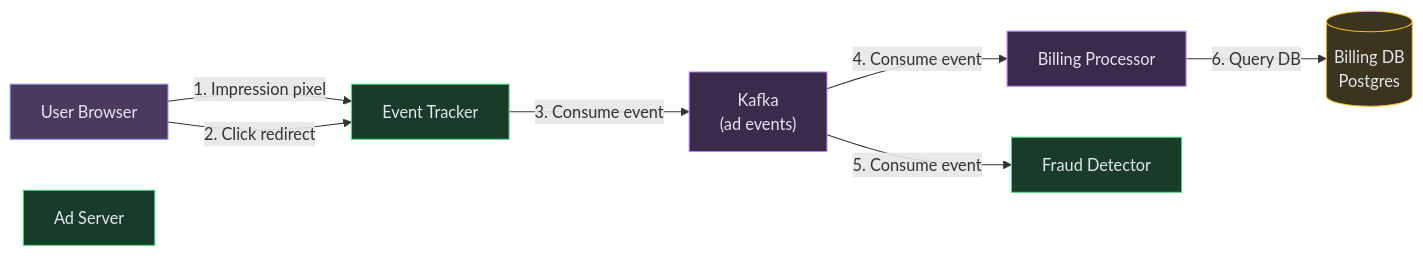
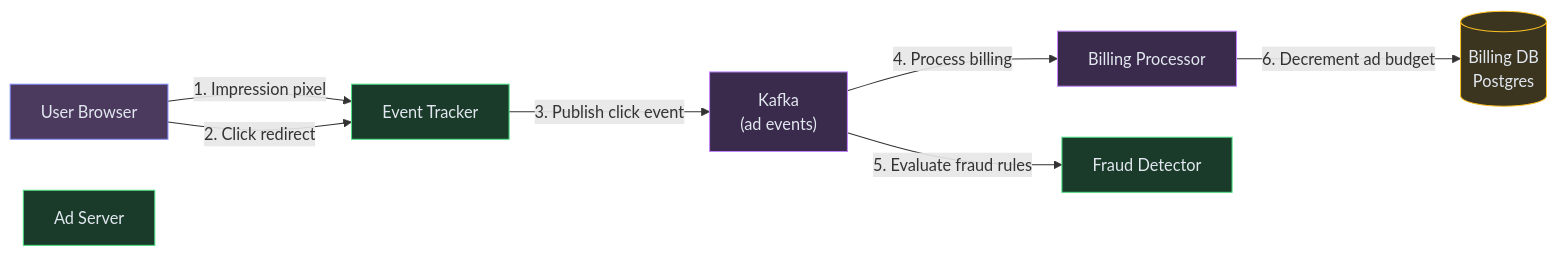
Before and after one commit to iluzn/HLD-Designs: the third of 6 diagrams in content/hld/AdSystem.md, drawn with Mermaid. The commit also changed other lines of this file and 27 other files, not shown here.

````diff
--- a/content/hld/AdSystem.md
+++ b/content/hld/AdSystem.md
@@ -197,22 +197,22 @@
 ```mermaid
 flowchart LR
     USER["User Browser"]:::client
     ADSERV["Ad Server"]:::service
     TRACKER["Event Tracker"]:::service
     KAFKA["Kafka<br/>(ad events)"]:::async
     BILLING["Billing Processor"]:::async
     BILLDB[("Billing DB<br/>Postgres")]:::data
     FRAUD["Fraud Detector"]:::service
 
     USER -->|"1. Impression pixel"| TRACKER
     USER -->|"2. Click redirect"| TRACKER
-    TRACKER -->|"3. Consume event"| KAFKA
-    KAFKA -->|"4. Consume event"| BILLING
-    KAFKA -->|"5. Consume event"| FRAUD
-    BILLING -->|"6. Query DB"| BILLDB
+    TRACKER -->|"3. Publish click event"| KAFKA
+    KAFKA -->|"4. Process billing"| BILLING
+    KAFKA -->|"5. Evaluate fraud rules"| FRAUD
+    BILLING -->|"6. Decrement ad budget"| BILLDB
 
     classDef client fill:#4c3a5e,stroke:#818cf8,color:#e2e8f0
     classDef service fill:#1a3a2a,stroke:#4ade80,color:#e2e8f0
     classDef data fill:#3b3520,stroke:#fbbf24,color:#e2e8f0
     classDef async fill:#3a2a4c,stroke:#c084fc,color:#e2e8f0
 ```
````
